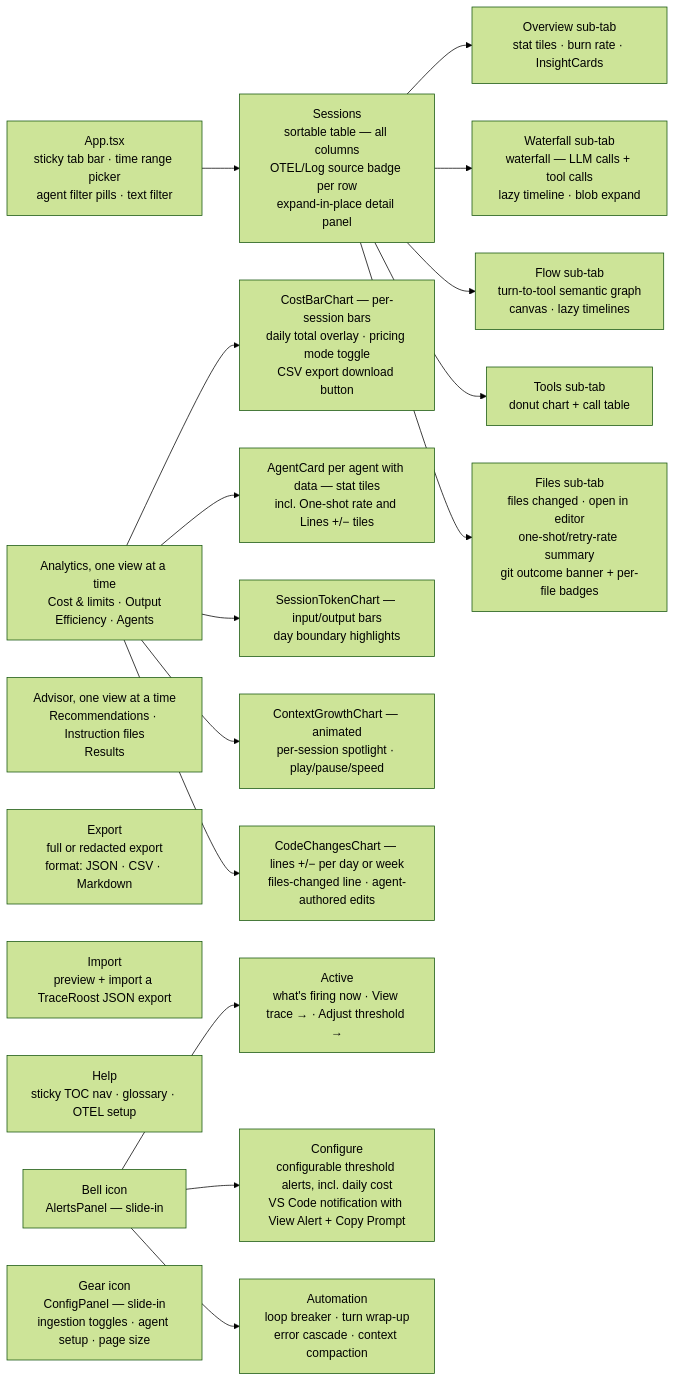
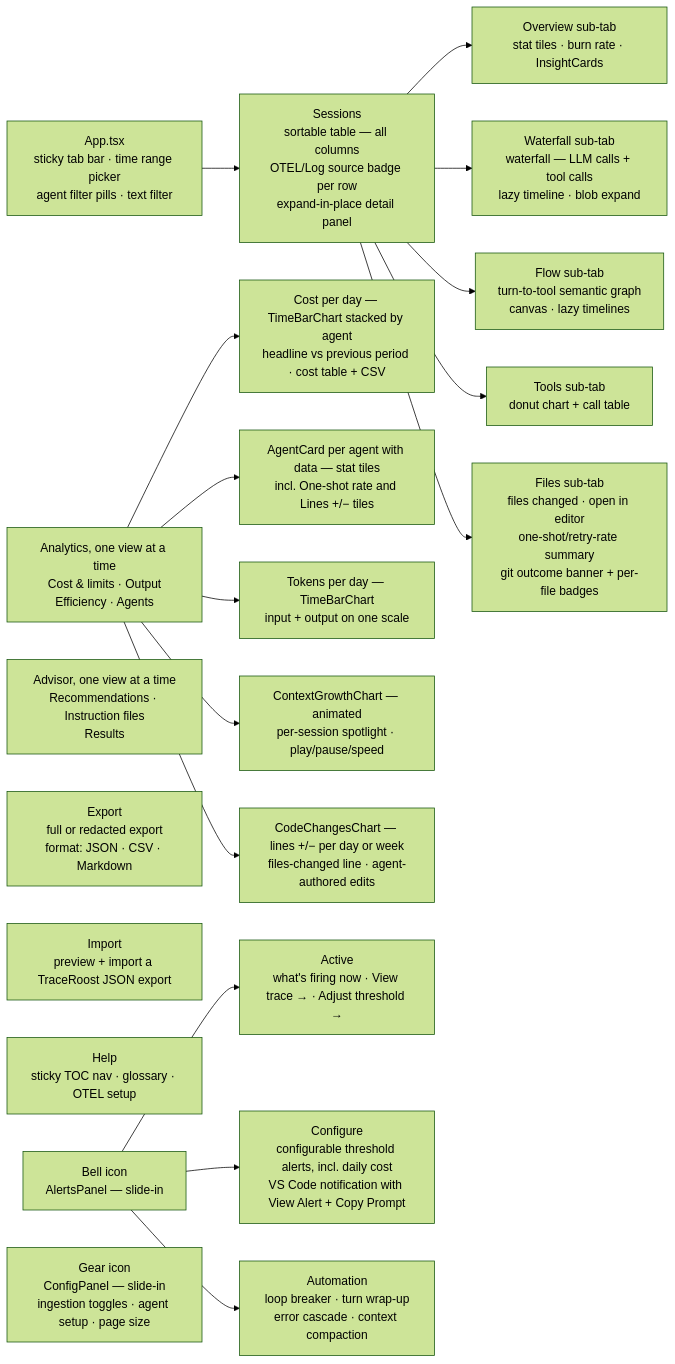
Before and after one commit to traceroost/core: diagram 14 of 20 in ARCHITECTURE.md, drawn with Mermaid (forest theme). The commit also changed other lines of this file and 15 other files, not shown here.

````diff
--- a/ARCHITECTURE.md
+++ b/ARCHITECTURE.md
@@ -890,28 +890,28 @@
 ```mermaid
 graph LR
     APP[App.tsx<br/>sticky tab bar · time range picker<br/>agent filter pills · text filter] --> T1
 
     T1[Sessions<br/>sortable table — all columns<br/>OTEL/Log source badge per row<br/>expand-in-place detail panel]
     T1 --> D1[Overview sub-tab<br/>stat tiles · burn rate · InsightCards]
     T1 --> D2[Waterfall sub-tab<br/>waterfall — LLM calls + tool calls<br/>lazy timeline · blob expand]
     T1 --> D3[Flow sub-tab<br/>turn-to-tool semantic graph<br/>canvas · lazy timelines]
     T1 --> D4[Tools sub-tab<br/>donut chart + call table]
     T1 --> D5[Files sub-tab<br/>files changed · open in editor<br/>one-shot/retry-rate summary<br/>git outcome banner + per-file badges]
 
     T2[Analytics, one view at a time<br/>Cost & limits · Output<br/>Efficiency · Agents]
-    T2 --> A1[CostBarChart — per-session bars<br/>daily total overlay · pricing mode toggle<br/>CSV export download button]
+    T2 --> A1[Cost per day — TimeBarChart stacked by agent<br/>headline vs previous period · cost table + CSV]
     T2 --> A2[AgentCard per agent with data — stat tiles<br/>incl. One-shot rate and Lines +/− tiles]
-    T2 --> A3[SessionTokenChart — input/output bars<br/>day boundary highlights]
+    T2 --> A3[Tokens per day — TimeBarChart<br/>input + output on one scale]
     T2 --> A4[ContextGrowthChart — animated<br/>per-session spotlight · play/pause/speed]
     T2 --> A5[CodeChangesChart — lines +/− per day or week<br/>files-changed line · agent-authored edits]
 
     T3[Advisor, one view at a time<br/>Recommendations · Instruction files<br/>Results]
     T4[Export<br/>full or redacted export<br/>format: JSON · CSV · Markdown]
     T5[Import<br/>preview + import a TraceRoost JSON export]
     T6[Help<br/>sticky TOC nav · glossary · OTEL setup]
 
     BELL[Bell icon<br/>AlertsPanel — slide-in] --> S0[Active<br/>what's firing now · View trace → · Adjust threshold →]
     BELL --> S1[Configure<br/>configurable threshold alerts, incl. daily cost<br/>VS Code notification with View Alert + Copy Prompt]
     BELL --> S2[Automation<br/>loop breaker · turn wrap-up<br/>error cascade · context compaction]
     GEAR[Gear icon<br/>ConfigPanel — slide-in<br/>ingestion toggles · agent setup · page size]
 ```
````
